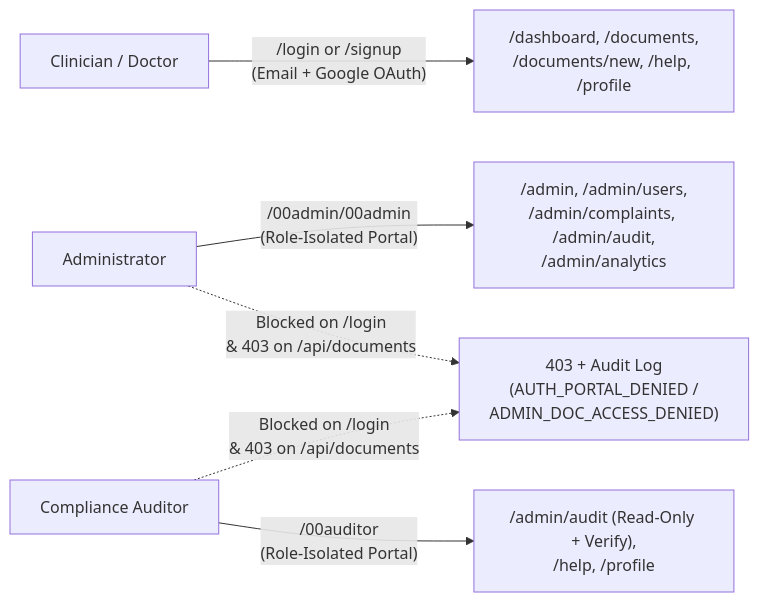
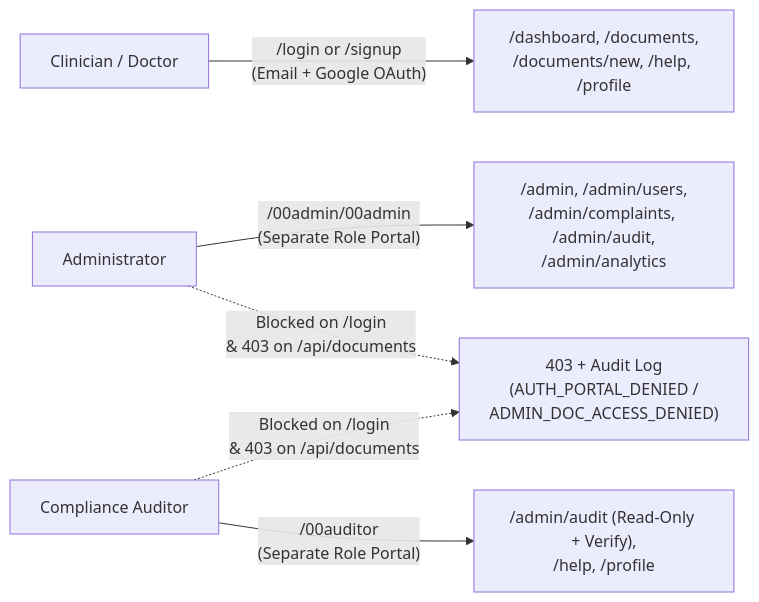
Before and after one commit to Abdullah-Shahriar/Joggo: the third of 3 diagrams in README.md, drawn with Mermaid. The commit also changed other lines of this file and 2 other files, not shown here.

Commit message:
docs(all): align README, architecture, and brain with judge-review fixes

````diff
--- a/README.md
+++ b/README.md
@@ -155,9 +155,9 @@
 ```mermaid
 flowchart LR
     Doctor["Clinician / Doctor"] -->|"/login or /signup\n(Email + Google OAuth)"| DocApp["/dashboard, /documents,\n/documents/new, /help, /profile"]
-    Admin["Administrator"] -->|"/00admin/00admin\n(Role-Isolated Portal)"| AdminApp["/admin, /admin/users,\n/admin/complaints, /admin/audit,\n/admin/analytics"]
-    Auditor["Compliance Auditor"] -->|"/00auditor\n(Role-Isolated Portal)"| AuditApp["/admin/audit (Read-Only + Verify),\n/help, /profile"]
+    Admin["Administrator"] -->|"/00admin/00admin\n(Separate Role Portal)"| AdminApp["/admin, /admin/users,\n/admin/complaints, /admin/audit,\n/admin/analytics"]
+    Auditor["Compliance Auditor"] -->|"/00auditor\n(Separate Role Portal)"| AuditApp["/admin/audit (Read-Only + Verify),\n/help, /profile"]
 
     Admin -.->|"Blocked on /login\n& 403 on /api/documents"| Denied["403 + Audit Log\n(AUTH_PORTAL_DENIED /\nADMIN_DOC_ACCESS_DENIED)"]
     Auditor -.->|"Blocked on /login\n& 403 on /api/documents"| Denied
 ```
````
